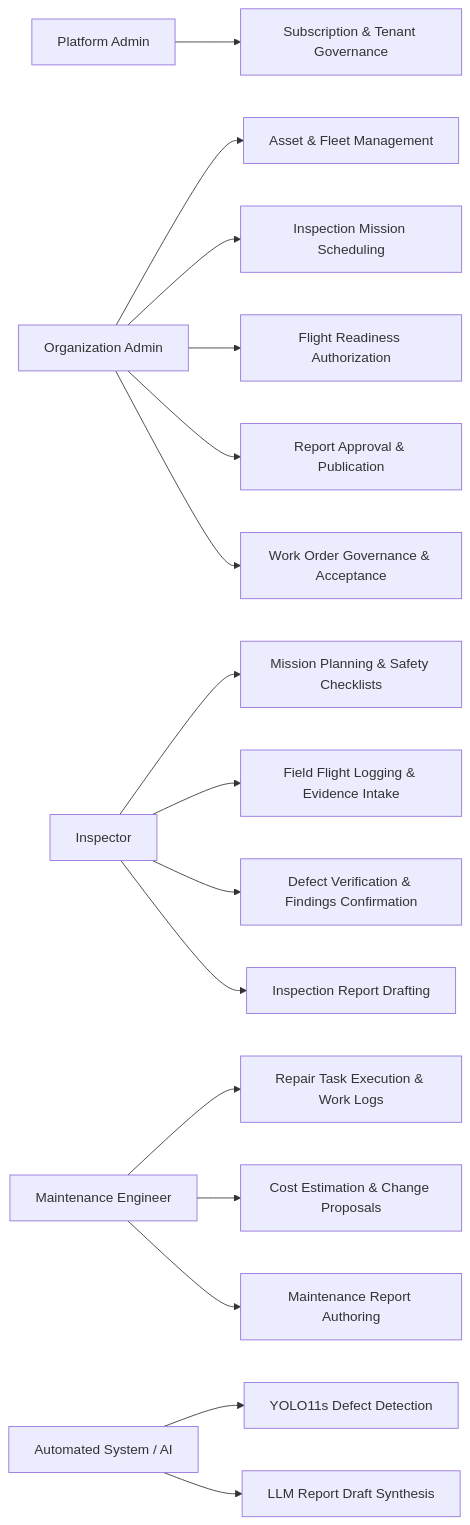
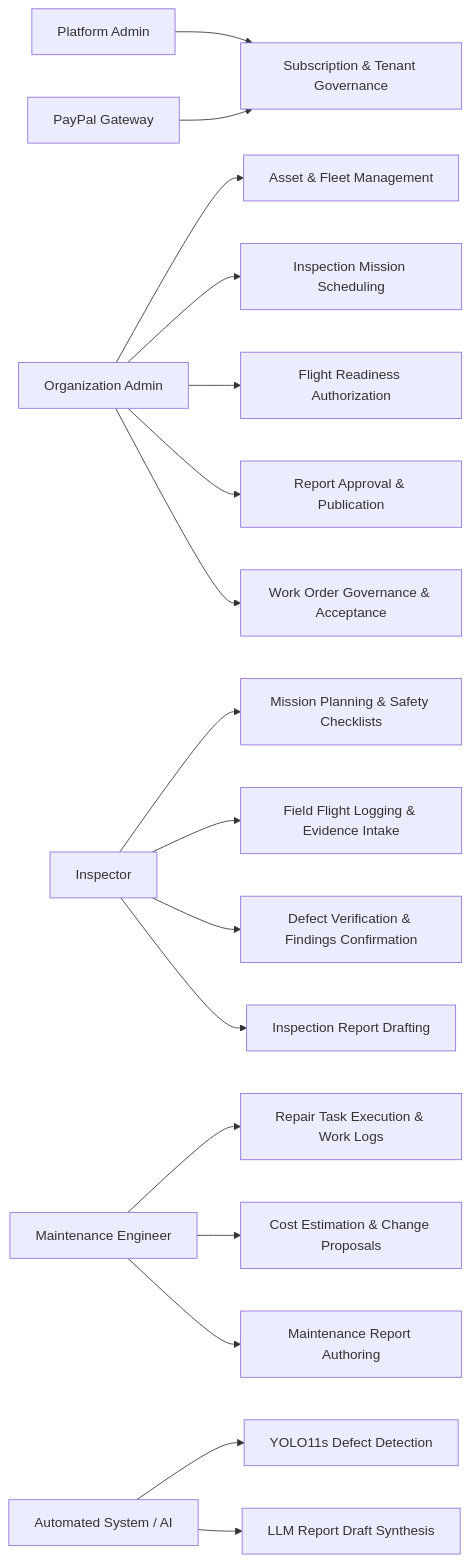
Before and after one commit to tungbach12/SmartDroneInspection-Docs: the diagram in reports/report-3-software-requirement-specification/02-user-requirements.md, drawn with Mermaid. The commit also changed other lines of this file and 8 other files, not shown here.

Commit message:
feat(docs): integrate PayPal online subscription payment into Report 3 and Report 4

````diff
--- a/reports/report-3-software-requirement-specification/02-user-requirements.md
+++ b/reports/report-3-software-requirement-specification/02-user-requirements.md
@@ -26,21 +27,22 @@
 ```mermaid
 flowchart LR
   PA["Platform Admin"] --> UC_SUB["Subscription & Tenant Governance"]
+  PP["PayPal Gateway"] --> UC_SUB
   OA["Organization Admin"] --> UC_ASSET["Asset & Fleet Management"]
   OA --> UC_SCHED["Inspection Mission Scheduling"]
   OA --> UC_AUTH["Flight Readiness Authorization"]
   OA --> UC_REV["Report Approval & Publication"]
   OA --> UC_MAINT_GOV["Work Order Governance & Acceptance"]
 
   IN["Inspector"] --> UC_PREP["Mission Planning & Safety Checklists"]
   IN --> UC_EXEC["Field Flight Logging & Evidence Intake"]
   IN --> UC_DEFECT["Defect Verification & Findings Confirmation"]
   IN --> UC_REP_AUTH["Inspection Report Drafting"]
 
   ME["Maintenance Engineer"] --> UC_TASK["Repair Task Execution & Work Logs"]
   ME --> UC_EST["Cost Estimation & Change Proposals"]
   ME --> UC_COMP_AUTH["Maintenance Report Authoring"]
 
   SYS["Automated System / AI"] --> UC_AI["YOLO11s Defect Detection"]
   SYS --> UC_LLM["LLM Report Draft Synthesis"]
 ```
````
